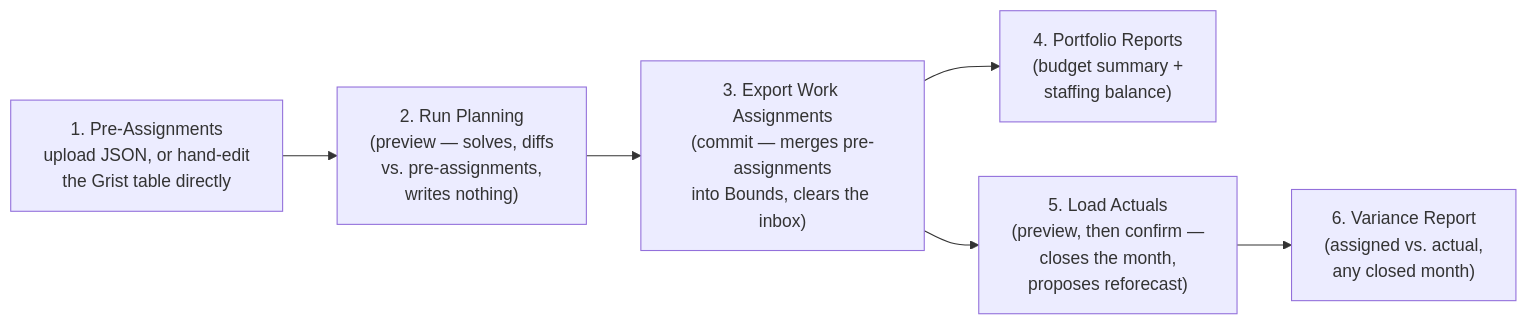
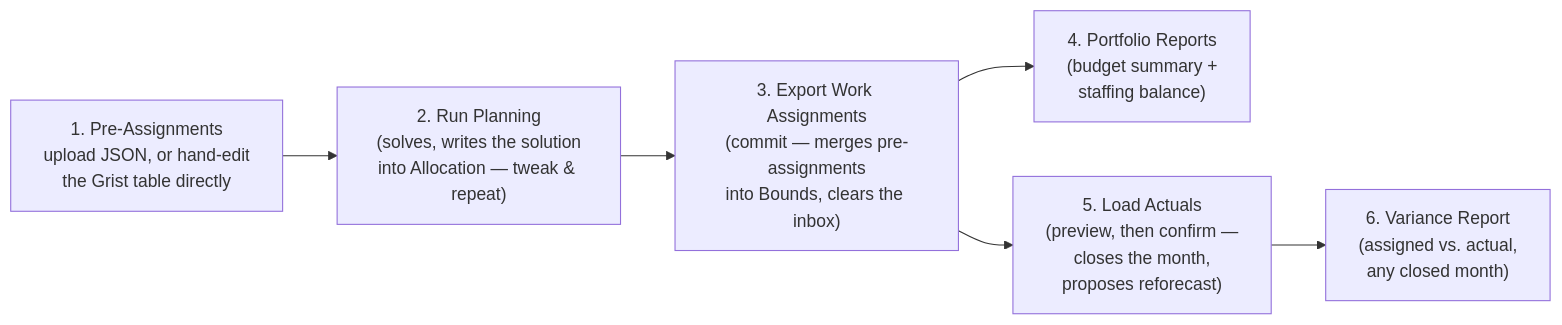
One commit to hatandspecs/general_assignment_solver changed the third of 3 diagrams in docs/08-grist-ui-design.md. Above: the diagram before and after it, drawn with Mermaid. The commit also changed other lines of this file and 13 other files, not shown here.

````diff
--- a/docs/08-grist-ui-design.md
+++ b/docs/08-grist-ui-design.md
@@ -72,10 +107,10 @@
 ```mermaid
 flowchart LR
     PA["1. Pre-Assignments<br/>upload JSON, or hand-edit<br/>the Grist table directly"] --> RP
-    RP["2. Run Planning<br/>(preview — solves, diffs<br/>vs. pre-assignments,<br/>writes nothing)"] --> EX
+    RP["2. Run Planning<br/>(solves, writes the solution<br/>into Allocation — tweak & repeat)"] --> EX
     EX["3. Export Work Assignments<br/>(commit — merges pre-assignments<br/>into Bounds, clears the inbox)"] --> PR
     PR["4. Portfolio Reports<br/>(budget summary +<br/>staffing balance)"]
     EX --> LA
     LA["5. Load Actuals<br/>(preview, then confirm —<br/>closes the month,<br/>proposes reforecast)"] --> VR
     VR["6. Variance Report<br/>(assigned vs. actual,<br/>any closed month)"]
 ```
````
